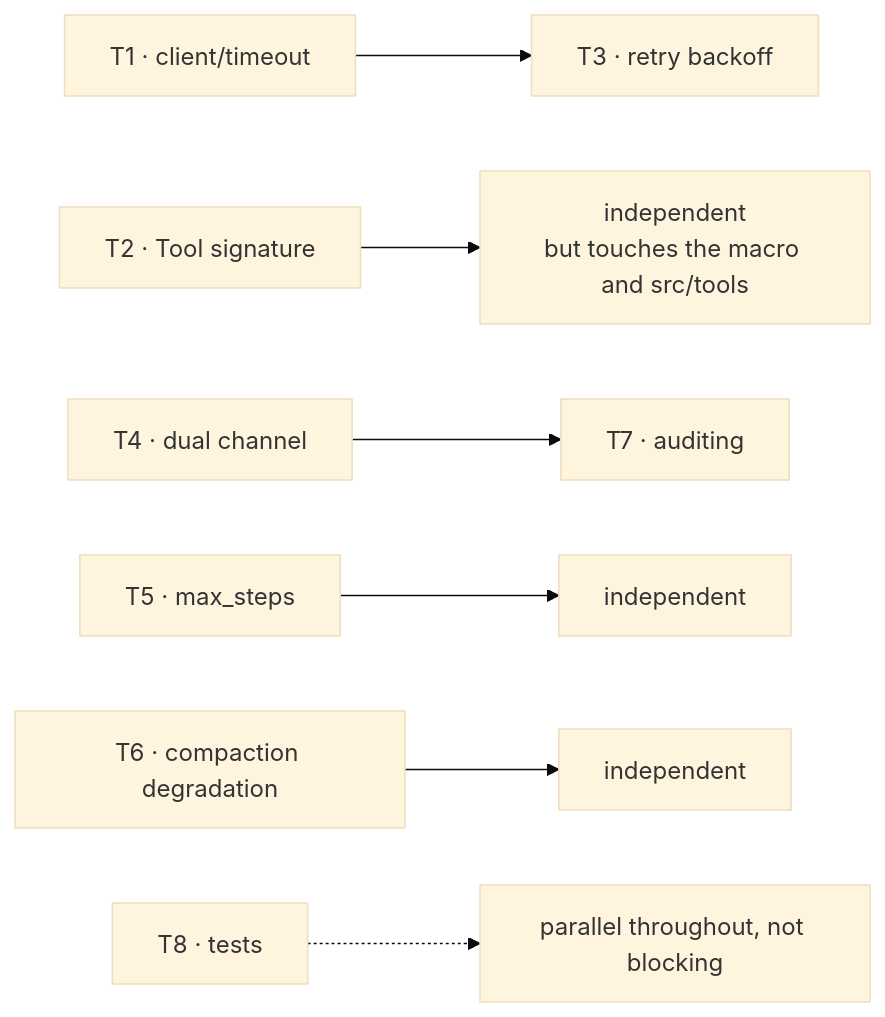
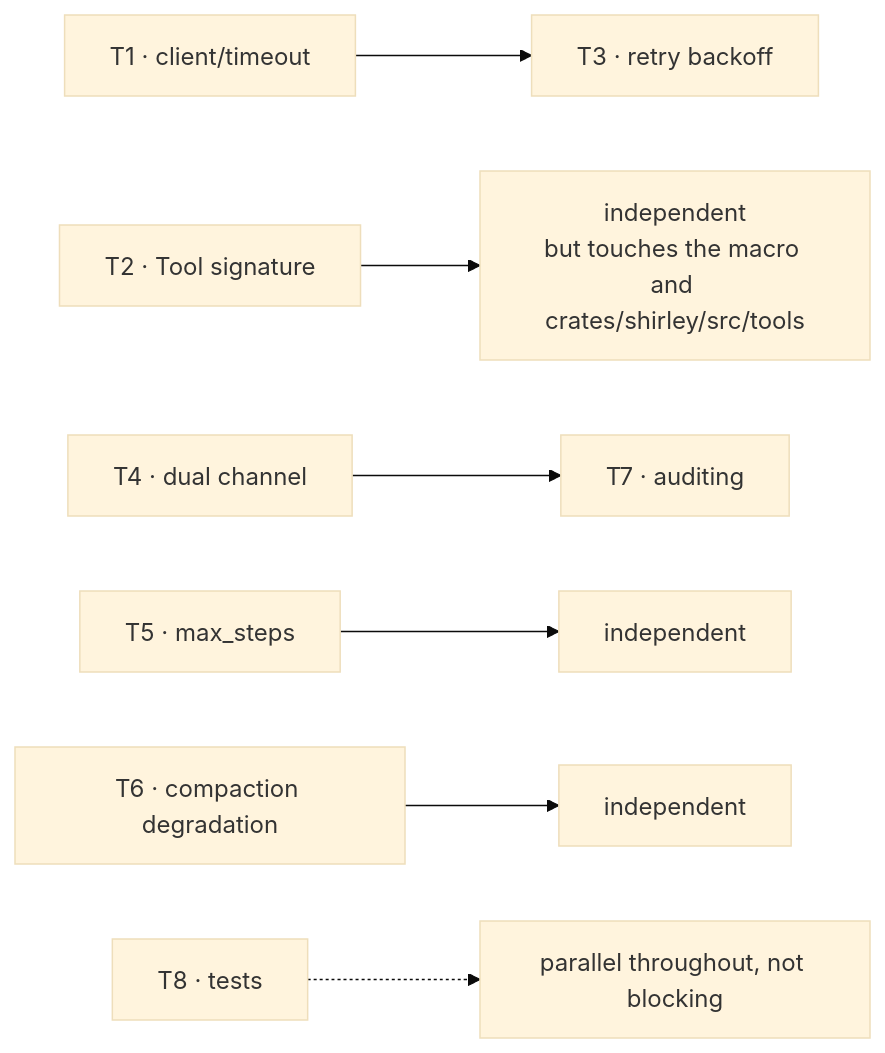
The diagram in docs/plan.md (Seann0824/Shirley), drawn with Mermaid (base theme) before and after one commit. The commit also changed other lines of this file and 195 other files, not shown here.

First line of the commit message:
Refactor application layer structure to use `crates/shirley` path

````diff
--- a/docs/plan.md
+++ b/docs/plan.md
@@ -206,9 +206,9 @@
 ```mermaid
 graph LR
     T1["T1 · client/timeout"] --> T3["T3 · retry backoff"]
-    T2["T2 · Tool signature"] --> D2["independent<br/>but touches the macro and src/tools"]
+    T2["T2 · Tool signature"] --> D2["independent<br/>but touches the macro and crates/shirley/src/tools"]
     T4["T4 · dual channel"] --> T7["T7 · auditing"]
     T5["T5 · max_steps"] --> D5["independent"]
     T6["T6 · compaction degradation"] --> D6["independent"]
     T8["T8 · tests"] -.-> P["parallel throughout, not blocking"]
 ```
````
